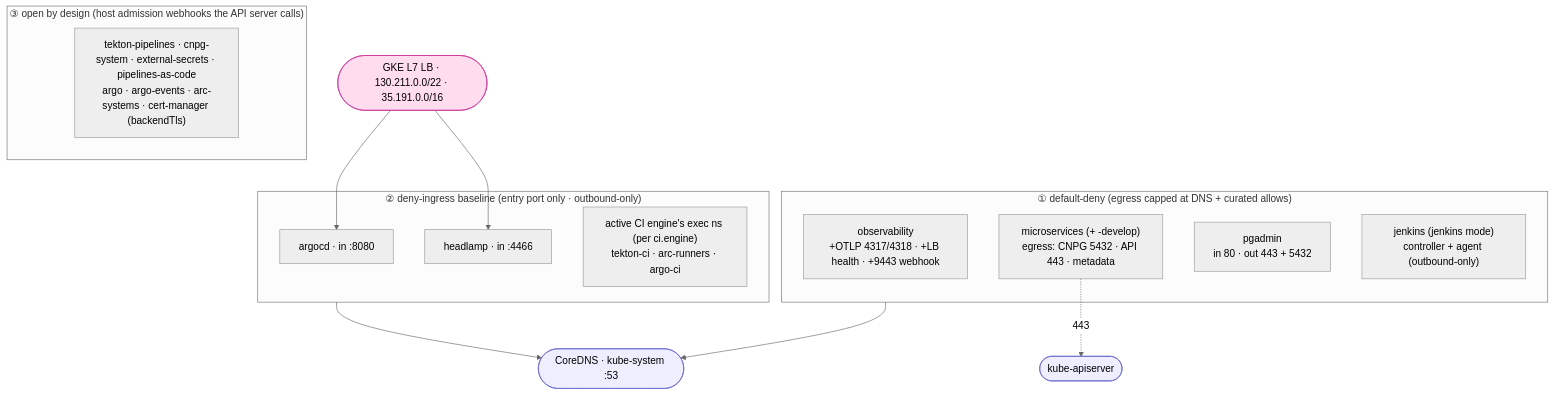
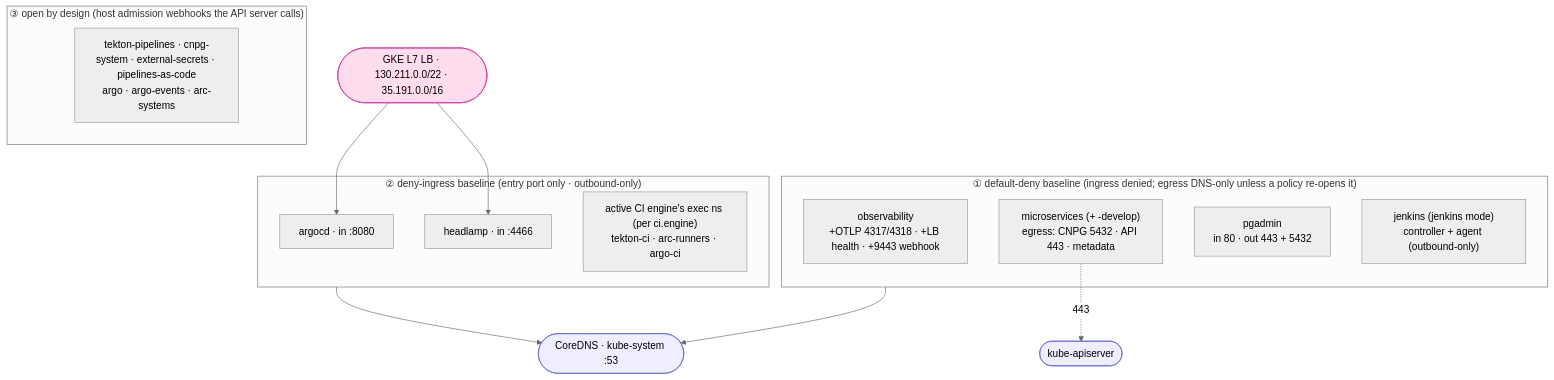
Before and after one commit to nubenetes/jenkins-2026: the seventh of 8 diagrams in docs/503-NETWORKING.md, drawn with Mermaid (neutral theme). The commit also changed other lines of this file and 48 other files, not shown here.

````diff
--- a/docs/503-NETWORKING.md
+++ b/docs/503-NETWORKING.md
@@ -294,28 +300,28 @@
 ```mermaid
 flowchart TB
   dns([CoreDNS · kube-system :53]):::i
   lb([GKE L7 LB · 130.211.0.0/22 · 35.191.0.0/16]):::ext
   api([kube-apiserver]):::i
 
-  subgraph dd["① default-deny (egress capped at DNS + curated allows)"]
+  subgraph dd["① default-deny baseline (ingress denied; egress DNS-only unless a policy re-opens it)"]
     obs["observability<br/>+OTLP 4317/4318 · +LB health · +9443 webhook"]
     msn["microservices (+ -develop)<br/>egress: CNPG 5432 · API 443 · metadata"]
     pga["pgadmin<br/>in 80 · out 443 + 5432"]
     jen["jenkins (jenkins mode)<br/>controller + agent (outbound-only)"]
   end
   subgraph db["② deny-ingress baseline (entry port only · outbound-only)"]
     arg["argocd · in :8080"]
     hl["headlamp · in :4466"]
     ci["active CI engine's exec ns (per ci.engine)<br/>tekton-ci · arc-runners · argo-ci"]
   end
   subgraph op["③ open by design (host admission webhooks the API server calls)"]
-    sys["tekton-pipelines · cnpg-system · external-secrets · pipelines-as-code<br/>argo · argo-events · arc-systems · cert-manager (backendTls)"]
+    sys["tekton-pipelines · cnpg-system · external-secrets · pipelines-as-code<br/>argo · argo-events · arc-systems"]
   end
 
   lb --> arg & hl
   dd --> dns
   db --> dns
   msn -. 443 .-> api
   classDef i fill:#eef,stroke:#66c;
   classDef ext fill:#fde,stroke:#c39;
 ```
````
